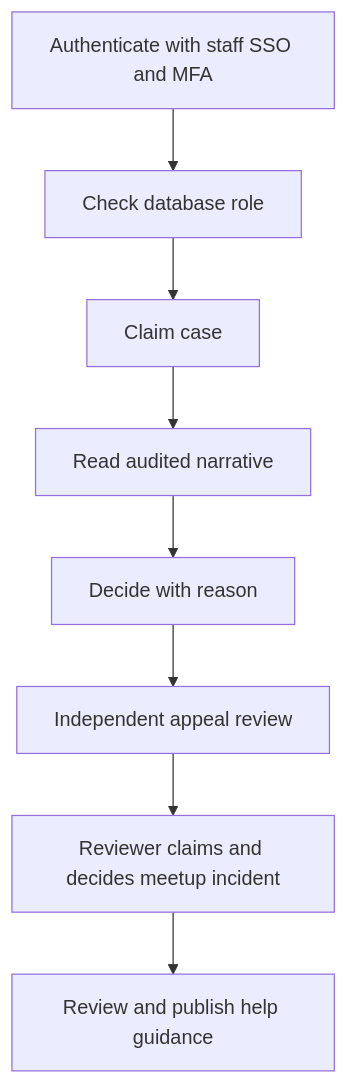
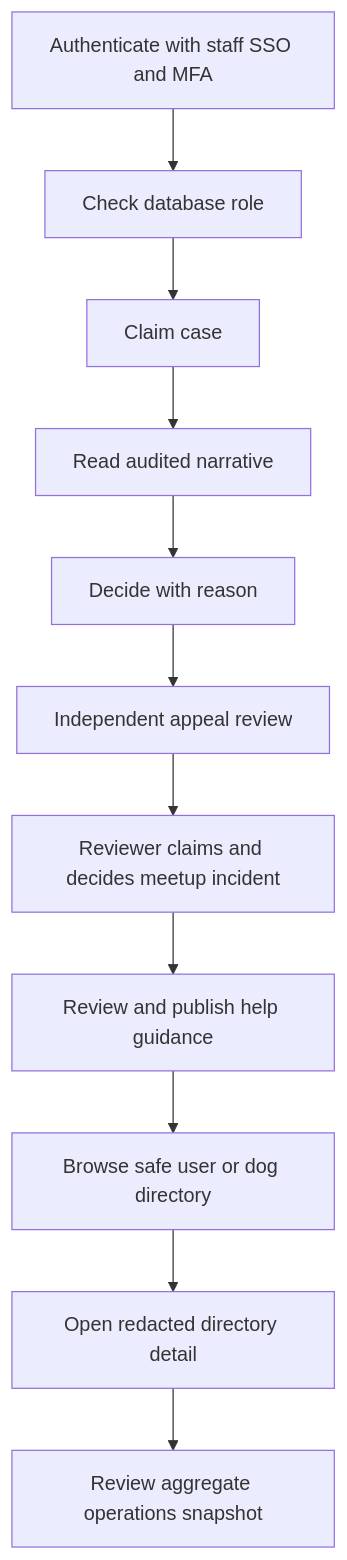
One commit to thams-geth/dogdating-api changed the diagram in docs/handovers/M12.md. Above: the diagram before and after it, drawn with Mermaid. The commit also changed other lines of this file and 12 other files, not shown here.

Commit message:
feat(admin): add safe user and dog directories

````diff
--- a/docs/handovers/M12.md
+++ b/docs/handovers/M12.md
@@ -15,18 +15,24 @@
 ```mermaid
 flowchart TD
   S0["Authenticate with staff SSO and MFA"]
   S1["Check database role"]
   S2["Claim case"]
   S3["Read audited narrative"]
   S4["Decide with reason"]
   S5["Independent appeal review"]
   S6["Reviewer claims and decides meetup incident"]
   S7["Review and publish help guidance"]
+  S8["Browse safe user or dog directory"]
+  S9["Open redacted directory detail"]
+  S10["Review aggregate operations snapshot"]
   S0 --> S1
   S1 --> S2
   S2 --> S3
   S3 --> S4
   S4 --> S5
   S5 --> S6
   S6 --> S7
+  S7 --> S8
+  S8 --> S9
+  S9 --> S10
 ```
````
